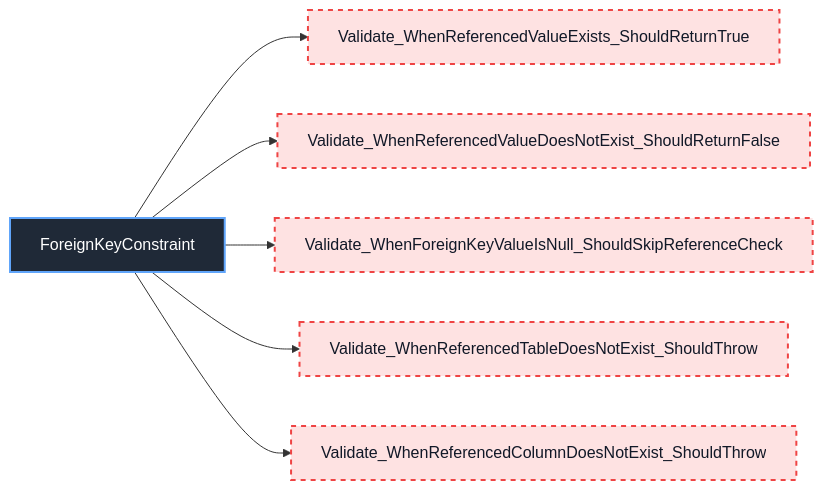
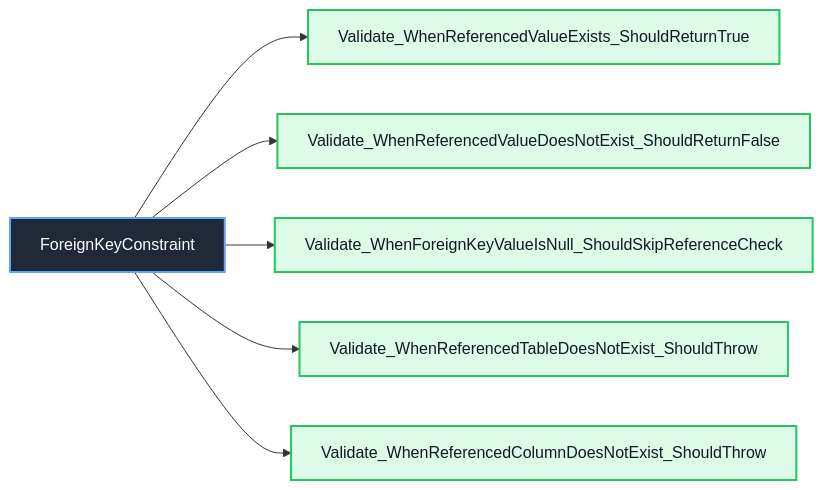
The ninth of 30 diagrams in docs/unit-test/README.md (manaxpow/DBMS), drawn with Mermaid before and after one commit. The commit also changed other lines of this file and 13 other files, not shown here.

````diff
--- a/docs/unit-test/README.md
+++ b/docs/unit-test/README.md
@@ -208,17 +208,17 @@
 ```mermaid
 flowchart LR
     Class_ForeignKeyConstraint["ForeignKeyConstraint"]
 
     Class_ForeignKeyConstraint --> FK_001["Validate_WhenReferencedValueExists_ShouldReturnTrue"]
     Class_ForeignKeyConstraint --> FK_002["Validate_WhenReferencedValueDoesNotExist_ShouldReturnFalse"]
     Class_ForeignKeyConstraint --> FK_003["Validate_WhenForeignKeyValueIsNull_ShouldSkipReferenceCheck"]
     Class_ForeignKeyConstraint --> FK_004["Validate_WhenReferencedTableDoesNotExist_ShouldThrow"]
     Class_ForeignKeyConstraint --> FK_005["Validate_WhenReferencedColumnDoesNotExist_ShouldThrow"]
 
     classDef classNode fill:#1f2937,stroke:#60a5fa,color:#ffffff,stroke-width:2px
     classDef completedTest fill:#dcfce7,stroke:#22c55e,color:#111827,stroke-width:2px
     classDef missingTest fill:#fee2e2,stroke:#ef4444,color:#111827,stroke-width:2px,stroke-dasharray: 5 5
 
     class Class_ForeignKeyConstraint classNode
-    class FK_001,FK_002,FK_003,FK_004,FK_005 missingTest
+    class FK_001,FK_002,FK_003,FK_004,FK_005 completedTest
 ```
````
